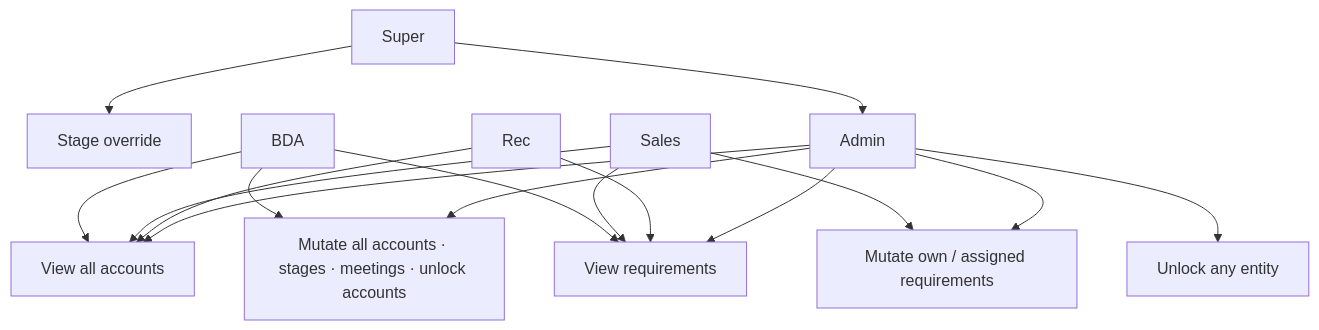
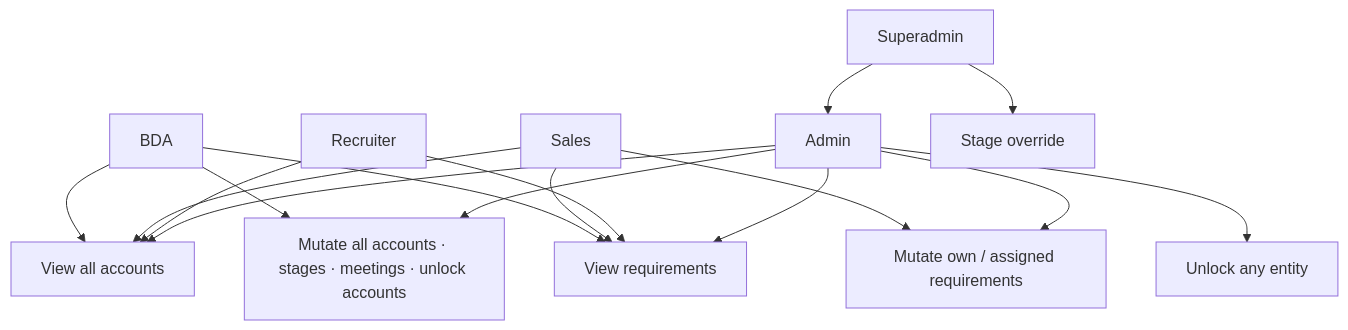
Before and after one commit to radheshDelphic12/delphic-one-new: the second of 12 diagrams in docs/architecture/ARCHITECTURE-OVERVIEW.md, drawn with Mermaid. The commit also changed other lines of this file, not shown here.

Commit message:
docs: update README and architecture diagrams for multi-company platform

````diff
--- a/docs/architecture/ARCHITECTURE-OVERVIEW.md
+++ b/docs/architecture/ARCHITECTURE-OVERVIEW.md
@@ -69,29 +75,34 @@
 ```mermaid
 flowchart TB
+  BDA[BDA]
+  Sales[Sales]
+  Rec[Recruiter]
+  Admin[Admin]
+  Super[Superadmin]
   AccAll[View all accounts]
   AccMutate[Mutate all accounts · stages · meetings · unlock accounts]
   ReqView[View requirements]
   ReqMutate[Mutate own / assigned requirements]
   UnlockAny[Unlock any entity]
   Override[Stage override]
 
   BDA --> AccAll
   BDA --> AccMutate
   BDA --> ReqView
 
   Sales --> AccAll
   Sales --> ReqView
   Sales --> ReqMutate
 
   Rec --> AccAll
   Rec --> ReqView
 
   Admin --> AccAll
   Admin --> AccMutate
   Admin --> ReqView
   Admin --> ReqMutate
   Admin --> UnlockAny
 
   Super --> Admin
   Super --> Override
 ```
````
